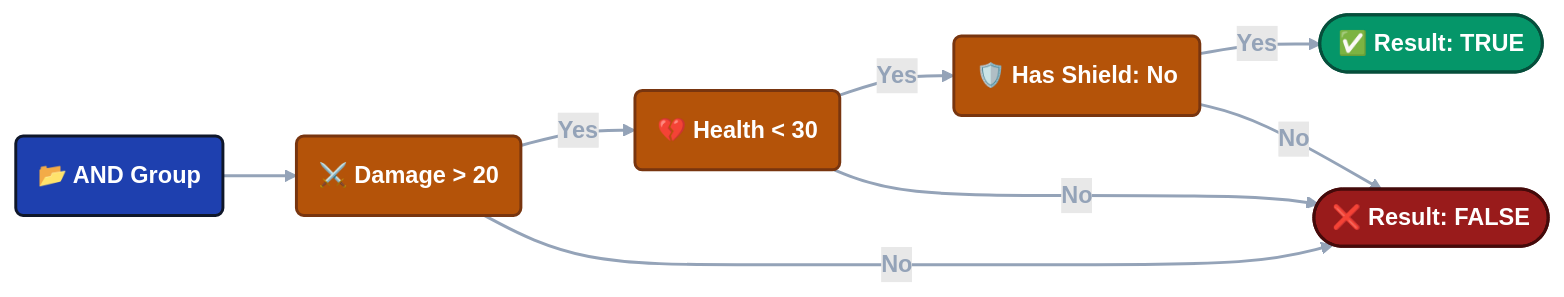
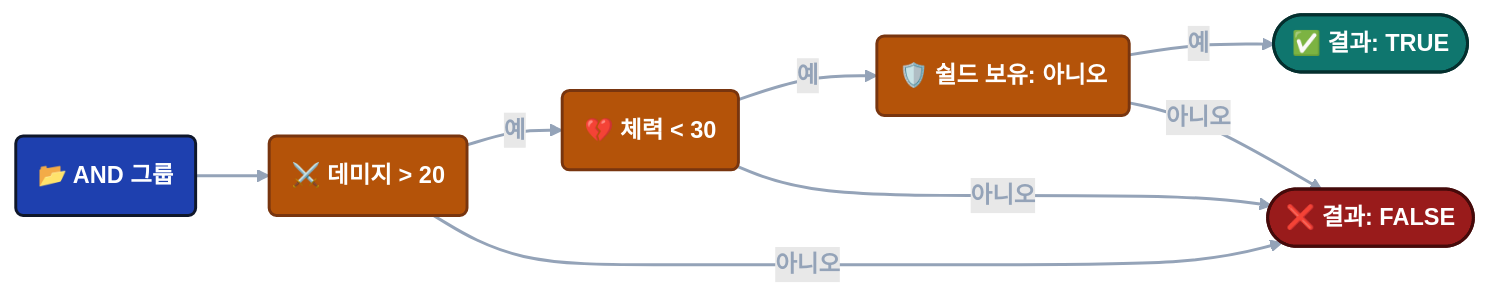
The first of 6 diagrams in i18n/ko/docusaurus-plugin-content-docs/current/game-event-system/flow-graph/game-event-node-behavior.md (tinygiants-tech/TinyGiants), drawn with Mermaid (forest theme) before and after one commit. The commit also changed other lines of this file and 81 other files, not shown here.

````diff
--- a/i18n/ko/docusaurus-plugin-content-docs/current/game-event-system/flow-graph/game-event-node-behavior.md
+++ b/i18n/ko/docusaurus-plugin-content-docs/current/game-event-system/flow-graph/game-event-node-behavior.md
@@ -122,29 +119,29 @@
 ```mermaid
 graph LR
 
-	A(📂 AND Group):::root
+	A(📂 AND 그룹):::root
     
-    C1(⚔️ Damage > 20):::cond
-    C2(💔 Health < 30):::cond
-    C3(🛡️ Has Shield: No):::cond
+    C1(⚔️ 데미지 > 20):::cond
+    C2(💔 체력 < 30):::cond
+    C3(🛡️ 쉴드 보유: 아니오):::cond
     
-    R([✅ Result: TRUE]):::success
-    F([❌ Result: FALSE]):::fail
+    R([✅ 결과: TRUE]):::success
+    F([❌ 결과: FALSE]):::fail
 
     A --> C1
     
-    C1 -- Yes --> C2
-    C2 -- Yes --> C3
-    C3 -- Yes --> R
+    C1 -- 예 --> C2
+    C2 -- 예 --> C3
+    C3 -- 예 --> R
 
-    C1 -- No --> F
-    C2 -- No --> F
-    C3 -- No --> F
+    C1 -- 아니오 --> F
+    C2 -- 아니오 --> F
+    C3 -- 아니오 --> F
 
     classDef root fill:#1e40af,stroke:#0f172a,stroke-width:2px,color:#ffffff,font-weight:bold
     classDef cond fill:#b45309,stroke:#78350f,stroke-width:2px,color:#ffffff,font-weight:bold
-    classDef success fill:#059669,stroke:#064e3b,stroke-width:2px,color:#ffffff,font-weight:bold
+    classDef success fill:#0f766e,stroke:#042f2e,stroke-width:2px,color:#ffffff,font-weight:bold
     classDef fail fill:#991b1b,stroke:#450a0a,stroke-width:2px,color:#ffffff,font-weight:bold
 
     linkStyle default stroke:#94a3b8,stroke-width:2px,color:#94a3b8
 ```
````
